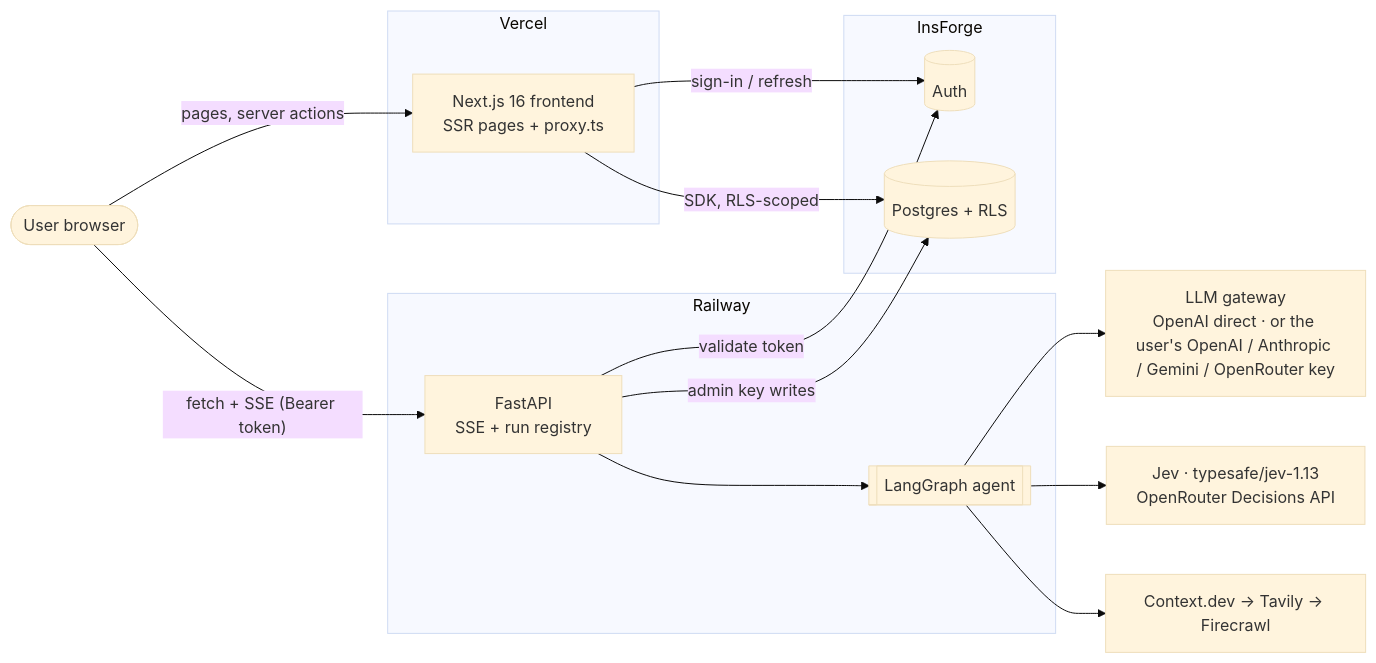
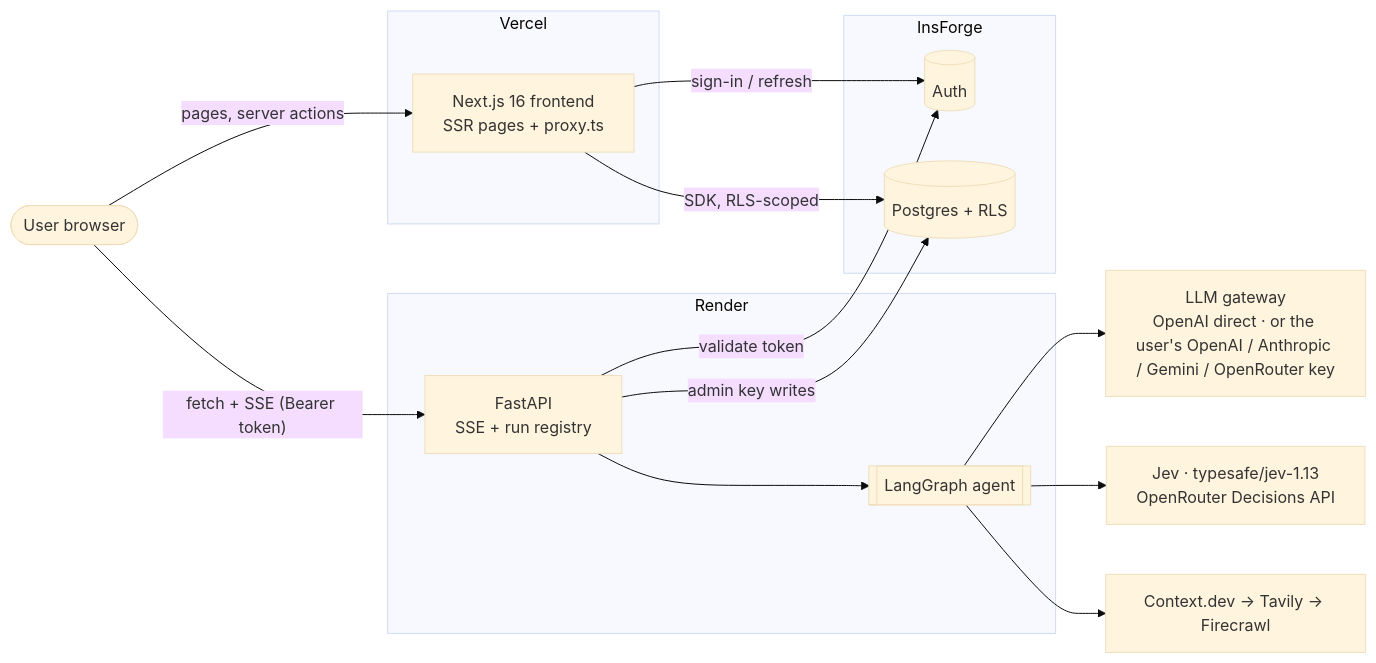
One commit to Prateek1771/product_validator changed the first of 8 diagrams in docs/ARCHITECTURE.md. Above: the diagram before and after it, drawn with Mermaid (base theme). The commit also changed other lines of this file and 8 other files, not shown here.

Commit message:
Deploy backend on Render: render.yaml blueprint, drop railway.json, fix README encoding

````diff
--- a/docs/ARCHITECTURE.md
+++ b/docs/ARCHITECTURE.md
@@ -22,29 +22,29 @@
 ```mermaid
 flowchart LR
   U([User browser])
   subgraph Vercel
     FE[Next.js 16 frontend<br/>SSR pages + proxy.ts]
   end
-  subgraph Railway
+  subgraph Render
     API[FastAPI<br/>SSE + run registry]
     G[[LangGraph agent]]
     API --> G
   end
   subgraph InsForge
     AUTH[(Auth)]
     DB[(Postgres + RLS)]
   end
   LLM[LLM gateway<br/>OpenAI direct · or the user's OpenAI / Anthropic / Gemini / OpenRouter key]
   JEV[Jev · typesafe/jev-1.13<br/>OpenRouter Decisions API]
   WEB[Context.dev → Tavily → Firecrawl]
 
   U -- pages, server actions --> FE
   U -- "fetch + SSE (Bearer token)" --> API
   FE -- SDK, RLS-scoped --> DB
   FE -- sign-in / refresh --> AUTH
   API -- validate token --> AUTH
   API -- admin key writes --> DB
   G --> LLM
   G --> JEV
   G --> WEB
 ```
````
